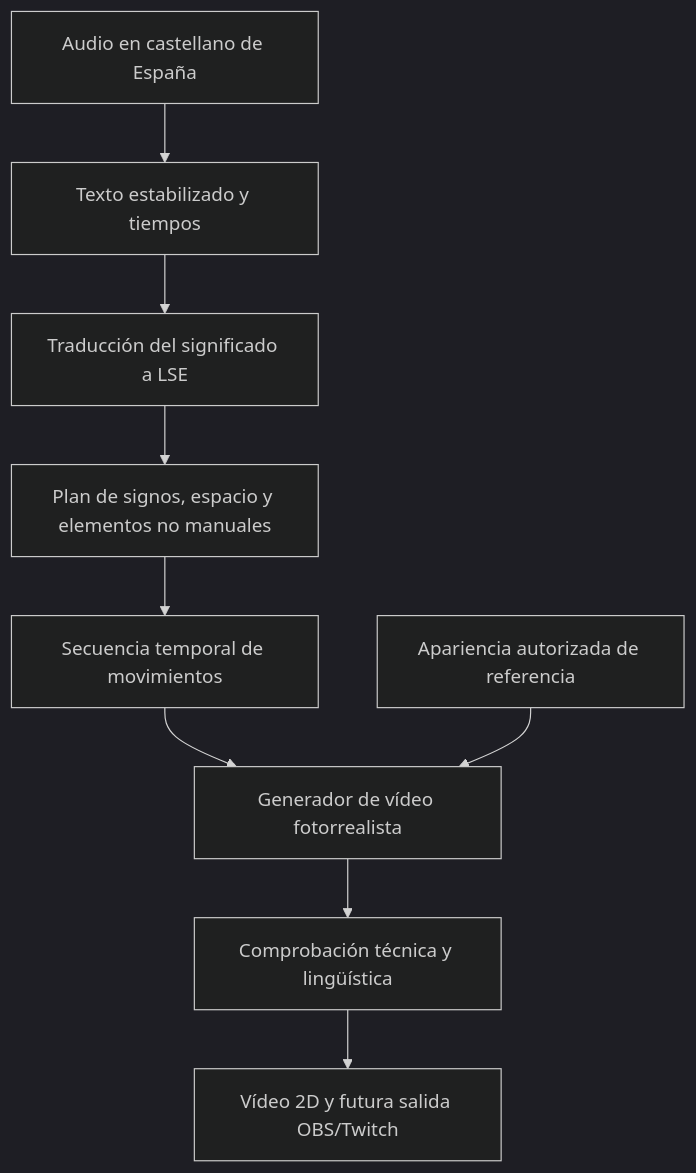
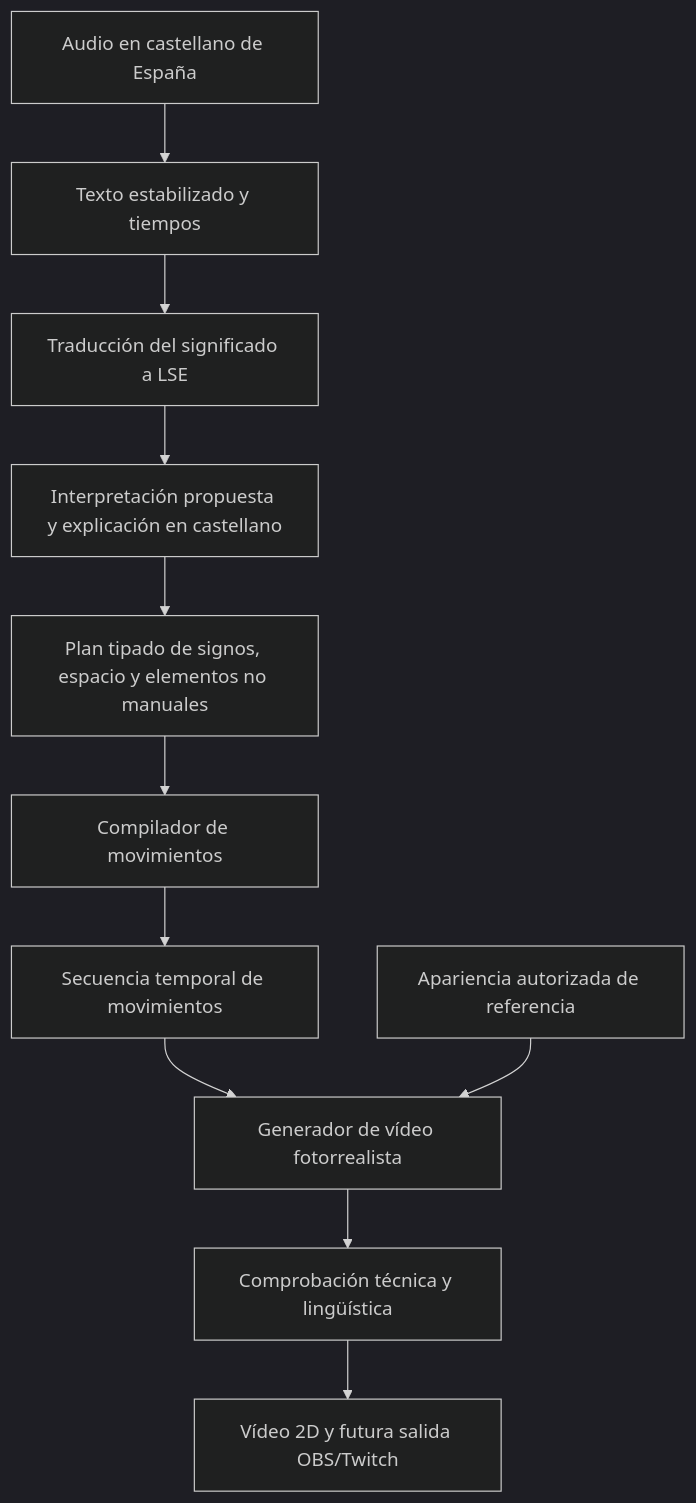
One commit to evamar13/lse-video changed the diagram in ARQUITECTURA.md. Above: the diagram before and after it, drawn with Mermaid (dark theme). The commit also changed other lines of this file and 3 other files, not shown here.

````diff
--- a/ARQUITECTURA.md
+++ b/ARQUITECTURA.md
@@ -7,11 +7,13 @@
 ```mermaid
 flowchart TD
     A[Audio en castellano de España] --> B[Texto estabilizado y tiempos]
     B --> C[Traducción del significado a LSE]
-    C --> D[Plan de signos, espacio y elementos no manuales]
-    D --> E[Secuencia temporal de movimientos]
+    C --> N[Interpretación propuesta y explicación en castellano]
+    N --> D[Plan tipado de signos, espacio y elementos no manuales]
+    D --> K[Compilador de movimientos]
+    K --> E[Secuencia temporal de movimientos]
     E --> F[Generador de vídeo fotorrealista]
     I[Apariencia autorizada de referencia] --> F
     F --> G[Comprobación técnica y lingüística]
     G --> H[Vídeo 2D y futura salida OBS/Twitch]
 ```
````
